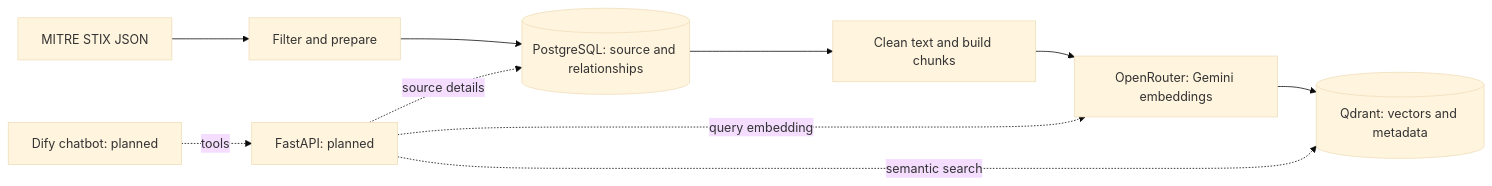
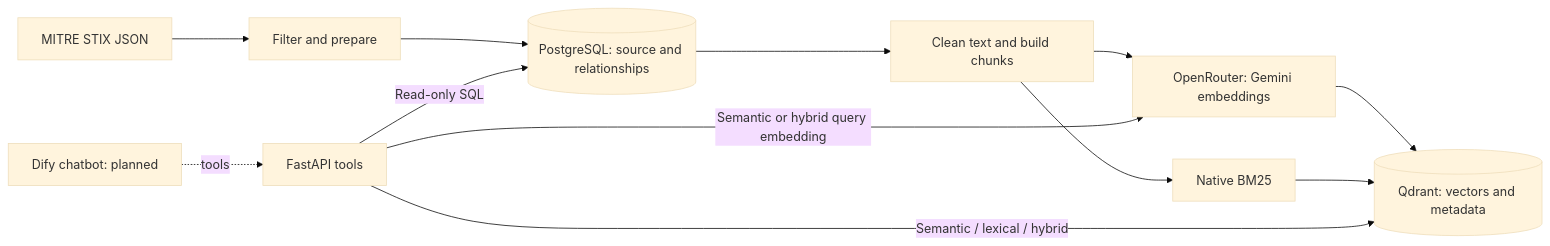
Before and after one commit to BDanial/mitre_attack_chatbot: the diagram in docs/report.md, drawn with Mermaid (base theme). The commit also changed other lines of this file and 25 other files, not shown here.

Commit message:
Add LLM-directed lexical and hybrid retrieval with English documentation

````diff
--- a/docs/report.md
+++ b/docs/report.md
@@ -33,12 +48,14 @@
 ```mermaid
 flowchart LR
     A[MITRE STIX JSON] --> B[Filter and prepare]
     B --> P[(PostgreSQL: source and relationships)]
     P --> C[Clean text and build chunks]
     C --> E[OpenRouter: Gemini embeddings]
     E --> Q[(Qdrant: vectors and metadata)]
-    D[Dify chatbot: planned] -. tools .-> F[FastAPI: planned]
-    F -. semantic search .-> Q
-    F -. source details .-> P
-    F -. query embedding .-> E
+    C --> B25[Native BM25]
+    B25 --> Q
+    D[Dify chatbot: planned] -. tools .-> F[FastAPI tools]
+    F -->|Semantic / lexical / hybrid| Q
+    F -->|Read-only SQL| P
+    F -->|Semantic or hybrid query embedding| E
 ```
````
